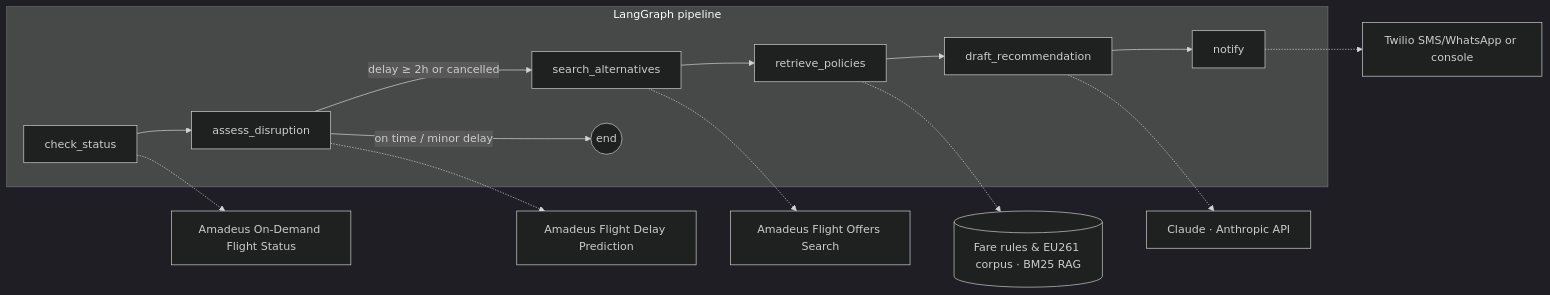
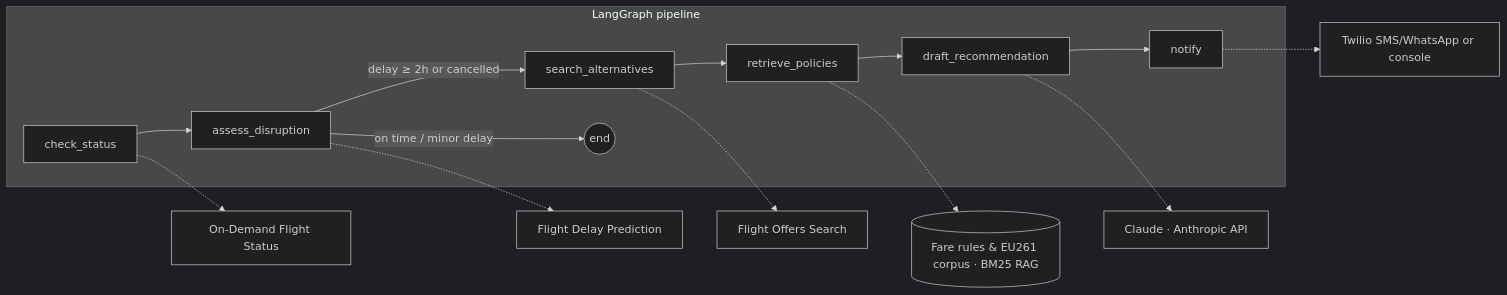
The diagram in README.md (Sasmith-G/flight-agent), drawn with Mermaid (dark theme) before and after one commit. The commit also changed other lines of this file, not shown here.

Commit message:
Update README branding to Flight Agent

````diff
--- a/README.md
+++ b/README.md
@@ -38,18 +35,19 @@
 ```mermaid
 flowchart LR
     subgraph LangGraph pipeline
         A[check_status] --> B[assess_disruption]
         B -- "delay ≥ 2h or cancelled" --> C[search_alternatives]
         B -- "on time / minor delay" --> Z((end))
         C --> D[retrieve_policies]
         D --> E[draft_recommendation]
         E --> F[notify]
     end
 
-    A -.-> S1[Amadeus On-Demand Flight Status]
-    B -.-> S2[Amadeus Flight Delay Prediction]
-    C -.-> S3[Amadeus Flight Offers Search]
+    A -.-> S1[On-Demand Flight Status]
+    B -.-> S2[Flight Delay Prediction]
+    C -.-> S3[Flight Offers Search]
     D -.-> S4[(Fare rules & EU261 corpus · BM25 RAG)]
     E -.-> S5[Claude · Anthropic API]
     F -.-> S6[Twilio SMS/WhatsApp or console]
+
 ```
````
